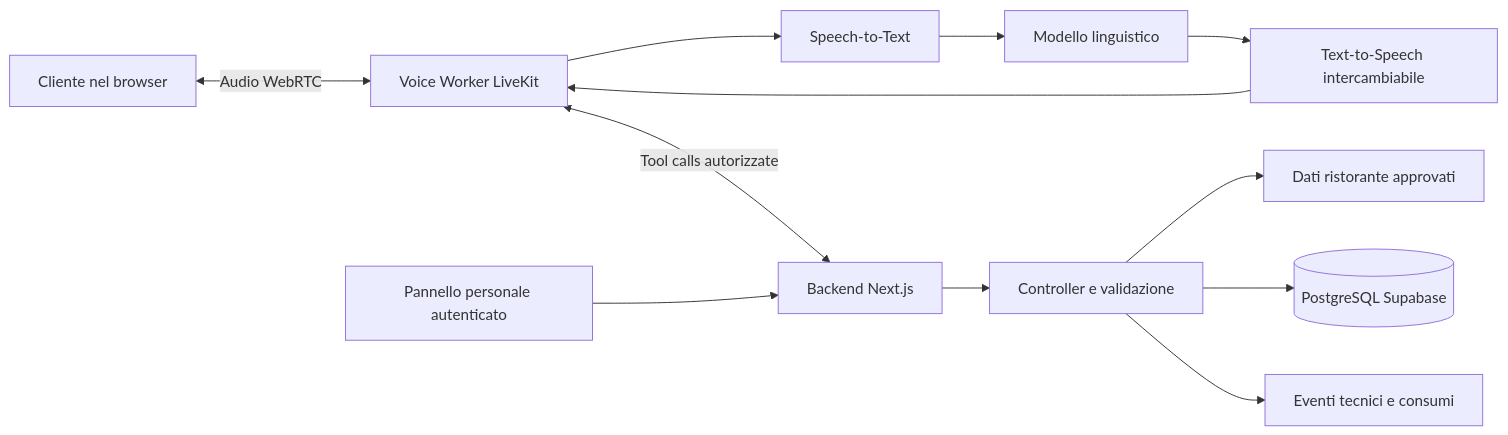
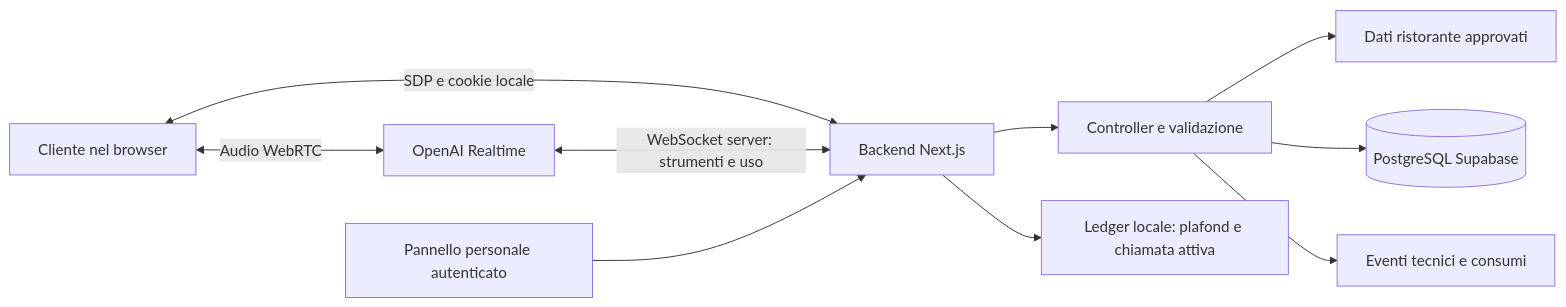
The diagram in docs/ARCHITETTURA.md (DisterMick/AgenteSegreteria), drawn with Mermaid before and after one commit. The commit also changed other lines of this file and 26 other files, not shown here.

Commit message:
feat: connect browser voice to Realtime with persistent budget guards

````diff
--- a/docs/ARCHITETTURA.md
+++ b/docs/ARCHITETTURA.md
@@ -7,14 +7,12 @@
 ```mermaid
 flowchart LR
-    U[Cliente nel browser] <-->|Audio WebRTC| W[Voice Worker LiveKit]
-    W --> STT[Speech-to-Text]
-    STT --> LLM[Modello linguistico]
-    LLM --> TTS[Text-to-Speech intercambiabile]
-    TTS --> W
-    W <-->|Tool calls autorizzate| B[Backend Next.js]
+    U[Cliente nel browser] <-->|Audio WebRTC| W[OpenAI Realtime]
+    U <-->|SDP e cookie locale| B[Backend Next.js]
+    W <-->|WebSocket server: strumenti e uso| B
     B --> C[Controller e validazione]
     C --> R[Dati ristorante approvati]
     C --> D[(PostgreSQL Supabase)]
     P[Pannello personale autenticato] --> B
     C --> L[Eventi tecnici e consumi]
+    B --> F[Ledger locale: plafond e chiamata attiva]
 ```
````
